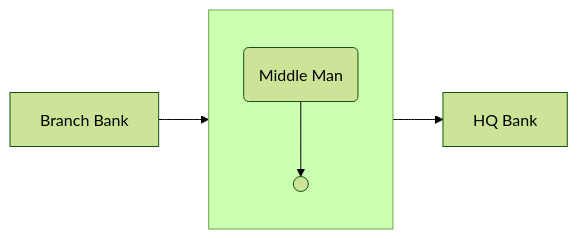
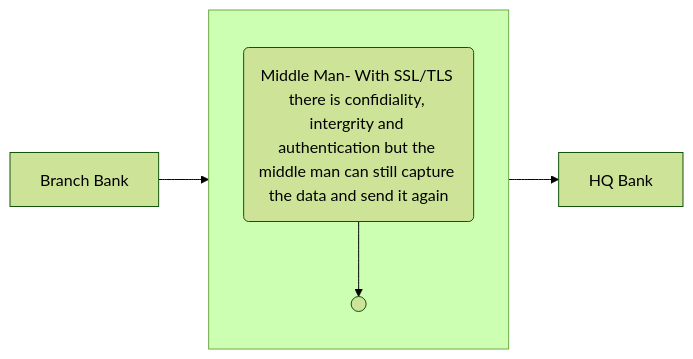
Before and after one commit to Rajeev-Tamang/OpenSSL: the second of 2 diagrams in README.md, drawn with Mermaid (forest theme). The commit also changed other lines of this file, not shown here.

````diff
--- a/README.md
+++ b/README.md
@@ -60,9 +54,9 @@
 ```mermaid
 flowchart LR
     A[Branch Bank] --> X(( )) --> B[HQ Bank]
 
     subgraph tap [ ]
         direction TB
-        M(Middle Man) --> X
+        M(Middle Man- With SSL/TLS there is confidiality, intergrity and authentication but the middle man can still capture the data and send it again) --> X
     end
 ```
````
